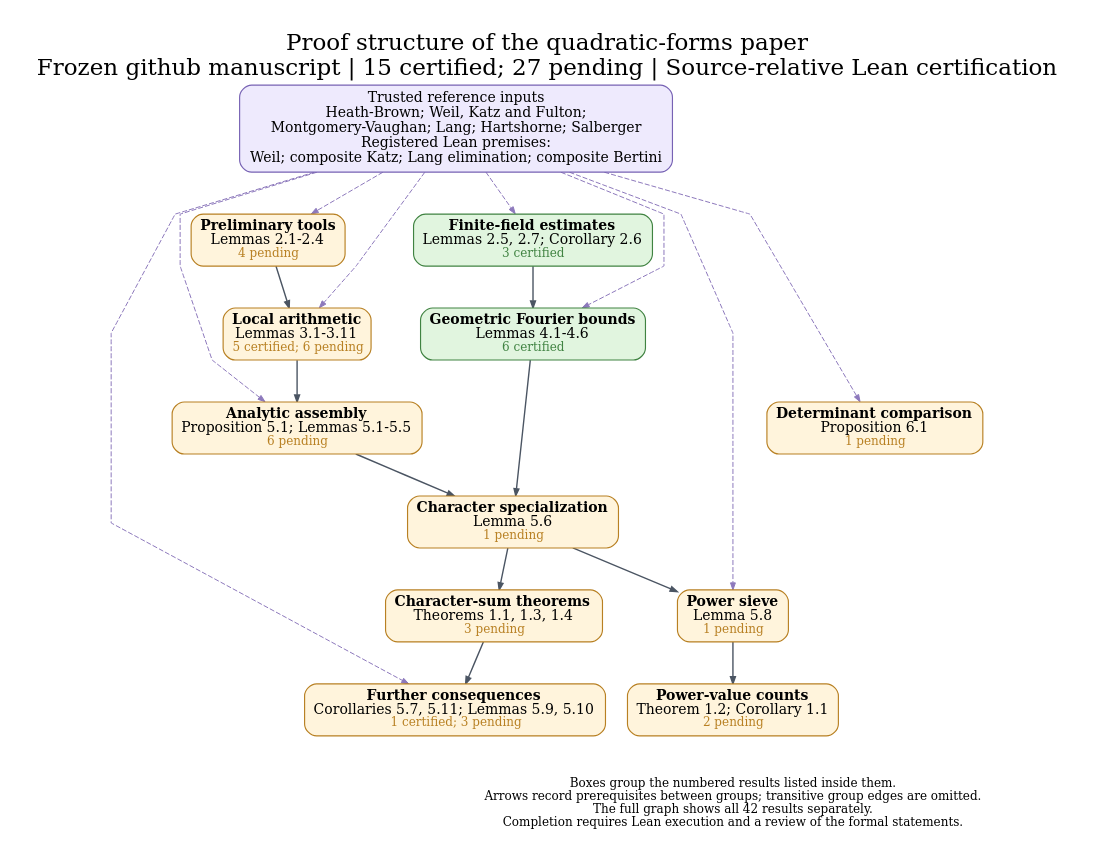
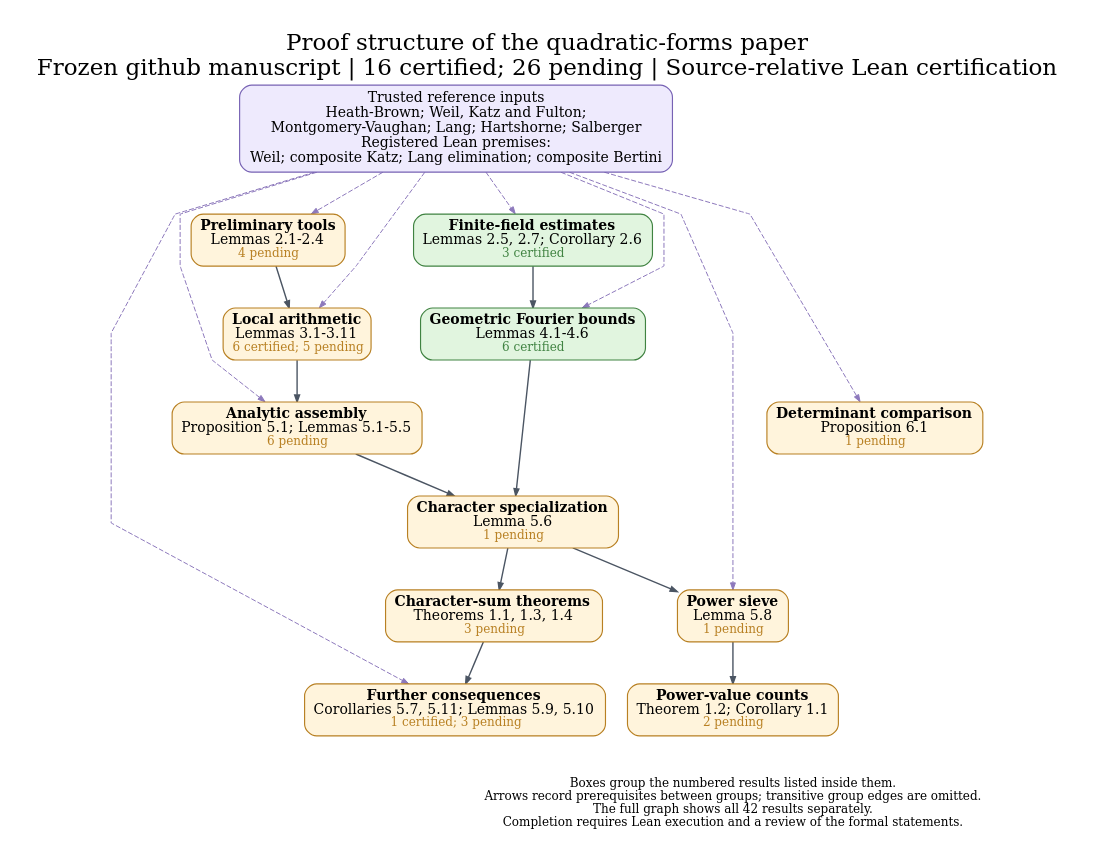
One commit to nicolasrobles/quaternary-quadratic-forms changed the diagram in docs/dependency_overview.dot. Above: the diagram before and after it, drawn with Graphviz. The commit also changed 33 other files, not shown here.

```diff
--- a/docs/dependency_overview.dot
+++ b/docs/dependency_overview.dot
@@ -1,43 +1,43 @@
 digraph Overview {
 graph [rankdir=TB, newrank=true, compound=true, outputorder=edgesfirst,
   bgcolor="white", fontname="DejaVu Serif", fontsize=23, labelloc=t,
-  label="Proof structure of the quadratic-forms paper\nFrozen github manuscript | 15 certified; 27 pending | Source-relative Lean certification",
+  label="Proof structure of the quadratic-forms paper\nFrozen github manuscript | 16 certified; 26 pending | Source-relative Lean certification",
   nodesep=0.30, ranksep=0.58, pad=0.28, splines=polyline];
 node [shape=box, style="rounded,filled", fillcolor="#fff4dc", color="#b88023",
   fontname="DejaVu Serif", fontsize=14, penwidth=1.15, margin="0.12,0.09"];
 edge [color="#4b5563", arrowsize=0.70, penwidth=1.05];
 sources [label="Trusted reference inputs\nHeath-Brown; Weil, Katz and Fulton;\nMontgomery-Vaughan; Lang; Hartshorne; Salberger\nRegistered Lean premises:\nWeil; composite Katz; Lang elimination; composite Bertini", fillcolor="#eeeafd", color="#7762b4", fontsize=14];
 "prelim" [label=<<B>Preliminary tools</B><BR/>Lemmas 2.1-2.4<BR/><FONT POINT-SIZE="12" COLOR="#b88023">4 pending</FONT>>, fillcolor="#fff4dc", color="#b88023", URL="https://github.com/nicolasrobles/quaternary-quadratic-forms/blob/main/INVENTORY.md", target="_blank"];
 "finite" [label=<<B>Finite-field estimates</B><BR/>Lemmas 2.5, 2.7; Corollary 2.6<BR/><FONT POINT-SIZE="12" COLOR="#408342">3 certified</FONT>>, fillcolor="#e1f5df", color="#408342", URL="https://github.com/nicolasrobles/quaternary-quadratic-forms/blob/main/INVENTORY.md", target="_blank"];
-"local" [label=<<B>Local arithmetic</B><BR/>Lemmas 3.1-3.11<BR/><FONT POINT-SIZE="12" COLOR="#b88023">5 certified; 6 pending</FONT>>, fillcolor="#fff4dc", color="#b88023", URL="https://github.com/nicolasrobles/quaternary-quadratic-forms/blob/main/INVENTORY.md", target="_blank"];
+"local" [label=<<B>Local arithmetic</B><BR/>Lemmas 3.1-3.11<BR/><FONT POINT-SIZE="12" COLOR="#b88023">6 certified; 5 pending</FONT>>, fillcolor="#fff4dc", color="#b88023", URL="https://github.com/nicolasrobles/quaternary-quadratic-forms/blob/main/INVENTORY.md", target="_blank"];
 "fourier" [label=<<B>Geometric Fourier bounds</B><BR/>Lemmas 4.1-4.6<BR/><FONT POINT-SIZE="12" COLOR="#408342">6 certified</FONT>>, fillcolor="#e1f5df", color="#408342", URL="https://github.com/nicolasrobles/quaternary-quadratic-forms/blob/main/INVENTORY.md", target="_blank"];
 "analytic" [label=<<B>Analytic assembly</B><BR/>Proposition 5.1; Lemmas 5.1-5.5<BR/><FONT POINT-SIZE="12" COLOR="#b88023">6 pending</FONT>>, fillcolor="#fff4dc", color="#b88023", URL="https://github.com/nicolasrobles/quaternary-quadratic-forms/blob/main/INVENTORY.md", target="_blank"];
 "characters" [label=<<B>Character specialization</B><BR/>Lemma 5.6<BR/><FONT POINT-SIZE="12" COLOR="#b88023">1 pending</FONT>>, fillcolor="#fff4dc", color="#b88023", URL="https://github.com/nicolasrobles/quaternary-quadratic-forms/blob/main/INVENTORY.md", target="_blank"];
 "sieve" [label=<<B>Power sieve</B><BR/>Lemma 5.8<BR/><FONT POINT-SIZE="12" COLOR="#b88023">1 pending</FONT>>, fillcolor="#fff4dc", color="#b88023", URL="https://github.com/nicolasrobles/quaternary-quadratic-forms/blob/main/INVENTORY.md", target="_blank"];
 "consequences" [label=<<B>Further consequences</B><BR/>Corollaries 5.7, 5.11; Lemmas 5.9, 5.10<BR/><FONT POINT-SIZE="12" COLOR="#b88023">1 certified; 3 pending</FONT>>, fillcolor="#fff4dc", color="#b88023", URL="https://github.com/nicolasrobles/quaternary-quadratic-forms/blob/main/INVENTORY.md", target="_blank"];
 "maincharacters" [label=<<B>Character-sum theorems</B><BR/>Theorems 1.1, 1.3, 1.4<BR/><FONT POINT-SIZE="12" COLOR="#b88023">3 pending</FONT>>, fillcolor="#fff4dc", color="#b88023", URL="https://github.com/nicolasrobles/quaternary-quadratic-forms/blob/main/INVENTORY.md", target="_blank"];
 "mainpowers" [label=<<B>Power-value counts</B><BR/>Theorem 1.2; Corollary 1.1<BR/><FONT POINT-SIZE="12" COLOR="#b88023">2 pending</FONT>>, fillcolor="#fff4dc", color="#b88023", URL="https://github.com/nicolasrobles/quaternary-quadratic-forms/blob/main/INVENTORY.md", target="_blank"];
 "fixed" [label=<<B>Determinant comparison</B><BR/>Proposition 6.1<BR/><FONT POINT-SIZE="12" COLOR="#b88023">1 pending</FONT>>, fillcolor="#fff4dc", color="#b88023", URL="https://github.com/nicolasrobles/quaternary-quadratic-forms/blob/main/INVENTORY.md", target="_blank"];
 "analytic" -> "characters" [penwidth=1.4];
 "characters" -> "maincharacters" [penwidth=1.4];
 "characters" -> "sieve" [penwidth=1.4];
 "finite" -> "fourier" [penwidth=1.4];
 "fourier" -> "characters" [penwidth=1.4];
 "local" -> "analytic" [penwidth=1.4];
 "maincharacters" -> "consequences" [penwidth=1.4];
 "prelim" -> "local" [penwidth=1.4];
 "sieve" -> "mainpowers" [penwidth=1.4];
 sources -> "analytic" [style=dashed, color="#8d79bc", penwidth=1.0];
 sources -> "consequences" [style=dashed, color="#8d79bc", penwidth=1.0];
 sources -> "finite" [style=dashed, color="#8d79bc", penwidth=1.0];
 sources -> "fixed" [style=dashed, color="#8d79bc", penwidth=1.0];
 sources -> "fourier" [style=dashed, color="#8d79bc", penwidth=1.0];
 sources -> "local" [style=dashed, color="#8d79bc", penwidth=1.0];
 sources -> "prelim" [style=dashed, color="#8d79bc", penwidth=1.0];
 sources -> "sieve" [style=dashed, color="#8d79bc", penwidth=1.0];
 legend [shape=plain, style="", label="Boxes group the numbered results listed inside them.\nArrows record prerequisites between groups; transitive group edges are omitted.\nThe full graph shows all 42 results separately.\nCompletion requires Lean execution and a review of the formal statements.", fontsize=12];
 {rank=sink; legend;}
 "consequences" -> legend [style=invis];
 "fixed" -> legend [style=invis];
 "mainpowers" -> legend [style=invis];
 }
```
